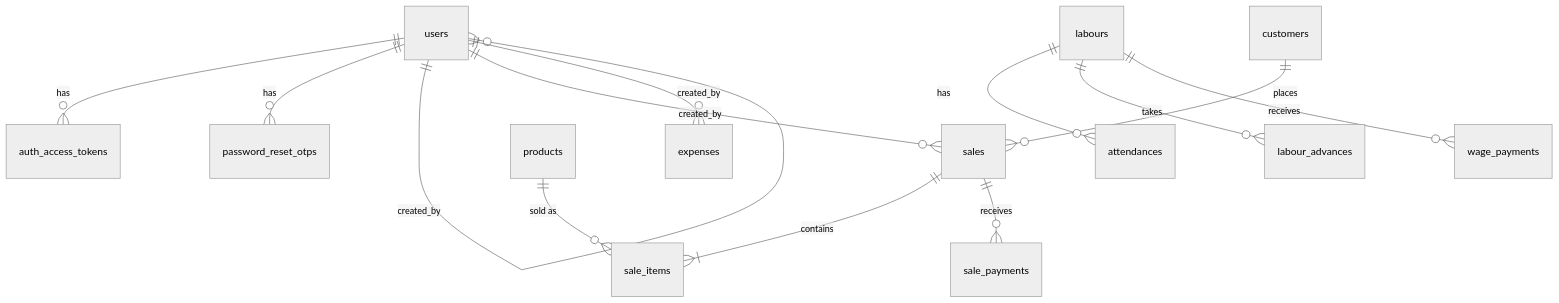
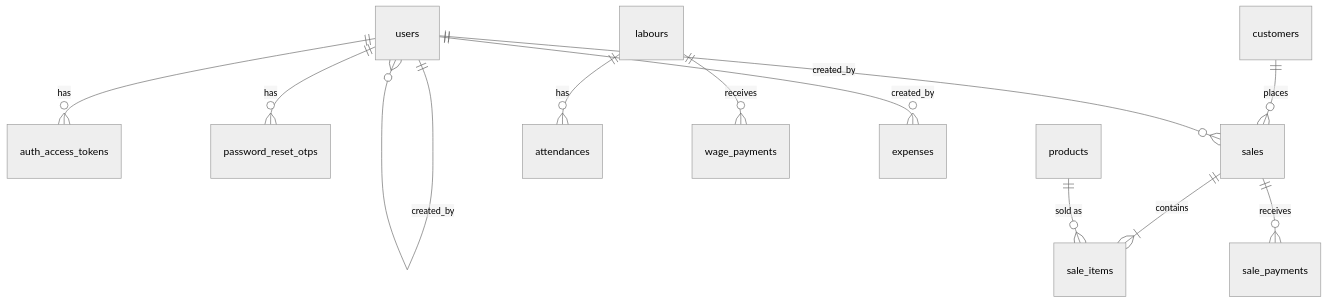
One commit to musarafhossain/FlyAsh changed the diagram in docs/05-Backend-Schema.md. Above: the diagram before and after it, drawn with Mermaid (neutral theme). The commit also changed other lines of this file and 59 other files, not shown here.

````diff
--- a/docs/05-Backend-Schema.md
+++ b/docs/05-Backend-Schema.md
@@ -34,15 +34,14 @@
 ```mermaid
 erDiagram
     users ||--o{ auth_access_tokens : has
     users ||--o{ password_reset_otps : has
     users ||--o{ users : "created_by"
     customers ||--o{ sales : places
     sales ||--|{ sale_items : contains
     sales ||--o{ sale_payments : receives
     products ||--o{ sale_items : "sold as"
     labours ||--o{ attendances : has
-    labours ||--o{ labour_advances : takes
     labours ||--o{ wage_payments : receives
     users ||--o{ sales : "created_by"
     users ||--o{ expenses : "created_by"
 ```
````
